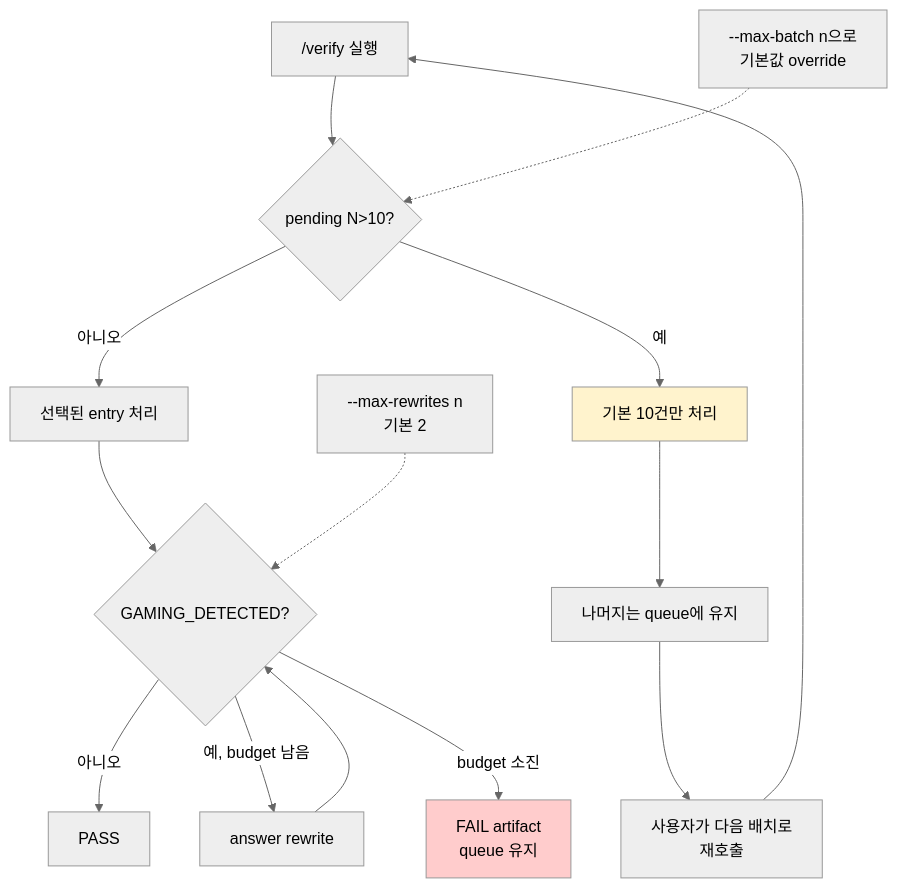
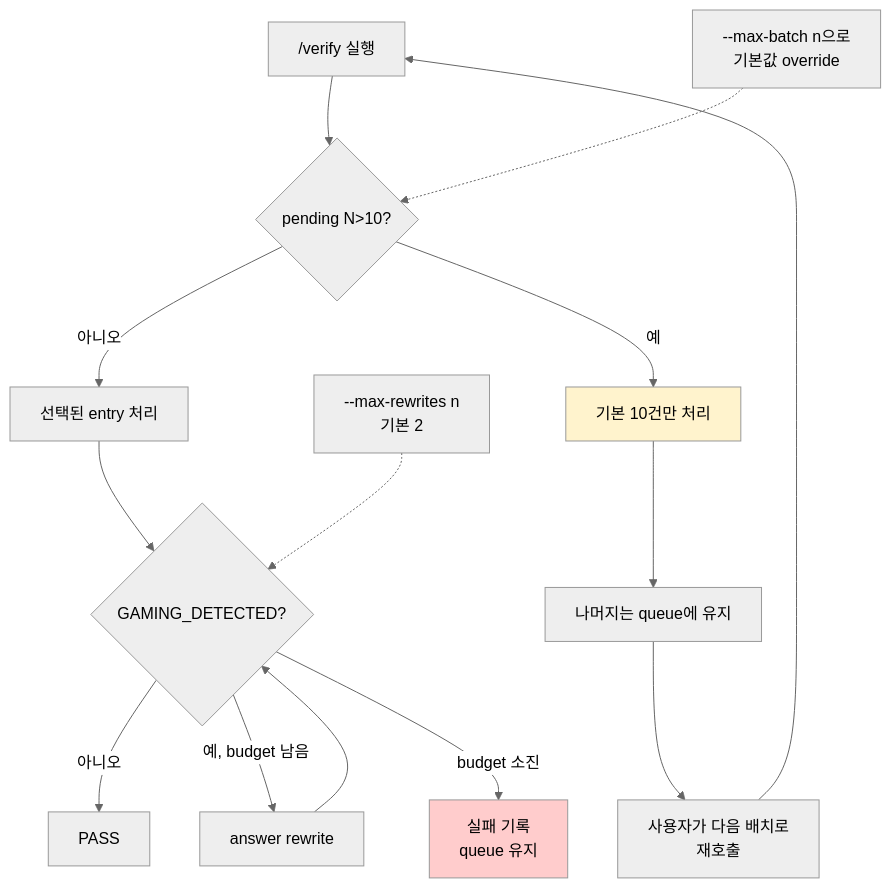
The seventh of 12 diagrams in docs/09-검증-레이어-동작원리.md (Jimmy-Jung/ai-symbiote), drawn with Mermaid (neutral theme) before and after one commit. The commit also changed other lines of this file, not shown here.

````diff
--- a/docs/09-검증-레이어-동작원리.md
+++ b/docs/09-검증-레이어-동작원리.md
@@ -213,20 +236,20 @@
 ```mermaid
 flowchart TD
     A["/verify 실행"] --> B{"pending N&gt;10?"}
     B -->|아니오| C["선택된 entry 처리"]
     B -->|예| D["기본 10건만 처리"]
     C --> E{"GAMING_DETECTED?"}
     E -->|아니오| G["PASS"]
     E -->|예, budget 남음| I["answer rewrite"]
     I --> E
-    E -->|budget 소진| J["FAIL artifact<br/>queue 유지"]
+    E -->|budget 소진| J["실패 기록<br/>queue 유지"]
     D --> K["나머지는 queue에 유지"]
     K --> F["사용자가 다음 배치로<br/>재호출"]
     F --> A
 
     H["--max-batch n으로<br/>기본값 override"] -.-> B
     L["--max-rewrites n<br/>기본 2"] -.-> E
 
     style D fill:#fff3cd
     style J fill:#ffcccc
 ```
````
